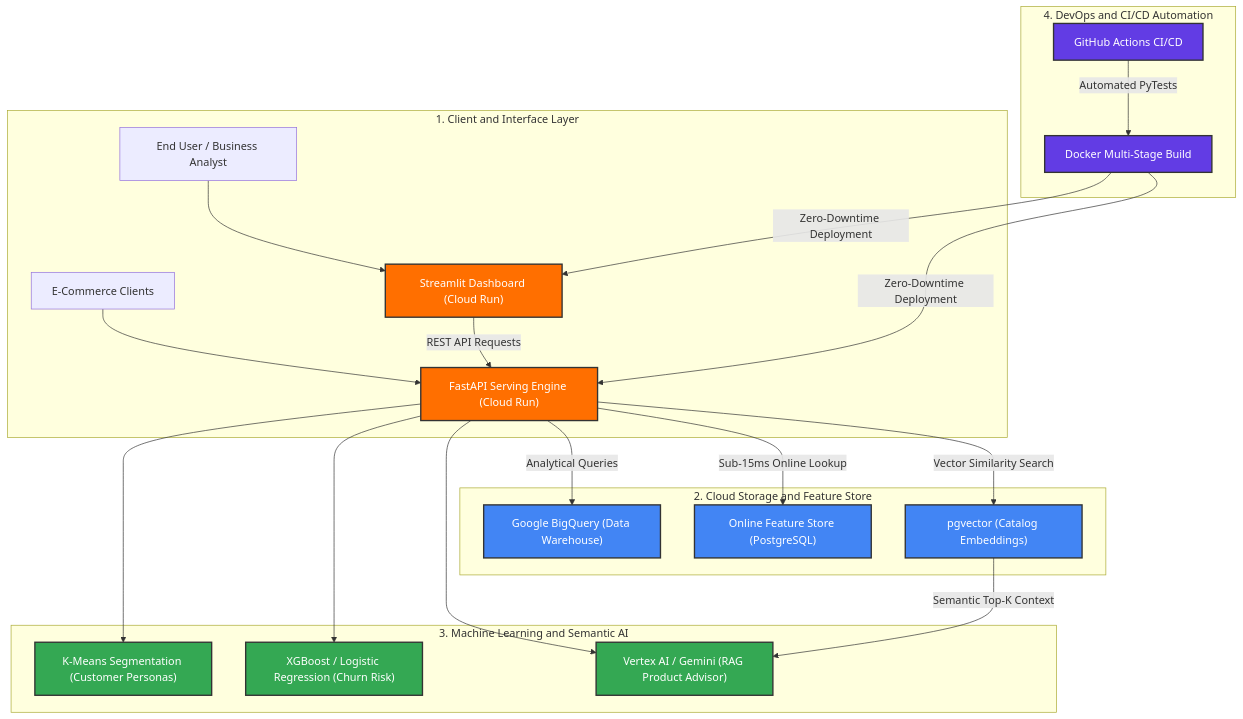
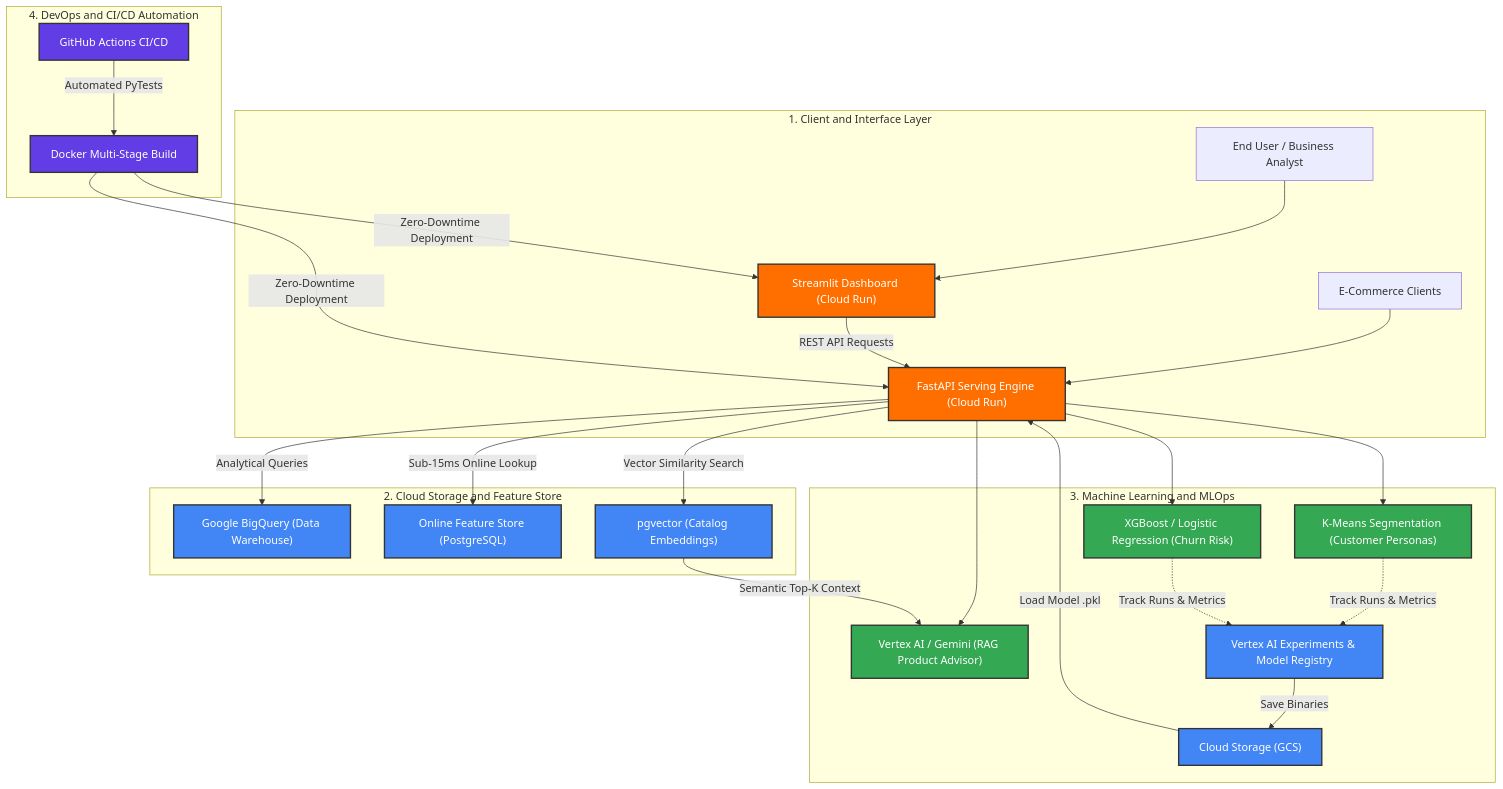
The diagram in README.md (Anna9793/ecommerce-data-pipeline), drawn with Mermaid before and after one commit. The commit also changed other lines of this file and 2 other files, not shown here.

Commit message:
docs: update ARCHITECTURE and README for Vertex AI MLOps migration and 44 passing tests

````diff
--- a/README.md
+++ b/README.md
@@ -17,41 +17,45 @@
 ```mermaid
 graph TD
     %% Client & Interface Layer
     subgraph UI_Layer["1. Client and Interface Layer"]
         User["End User / Business Analyst"] --> UI["Streamlit Dashboard (Cloud Run)"]
         ClientApp["E-Commerce Clients"] --> API["FastAPI Serving Engine (Cloud Run)"]
         UI -->|"REST API Requests"| API
     end
 
     %% Storage and Feature Layer
     subgraph Data_Storage["2. Cloud Storage and Feature Store"]
         API -->|"Analytical Queries"| BigQuery["Google BigQuery (Data Warehouse)"]
         API -->|"Sub-15ms Online Lookup"| FeatureStore["Online Feature Store (PostgreSQL)"]
         API -->|"Vector Similarity Search"| PGVector["pgvector (Catalog Embeddings)"]
     end
 
     %% Machine Learning & AI
-    subgraph ML_AI["3. Machine Learning and Semantic AI"]
+    subgraph ML_AI["3. Machine Learning and MLOps"]
         API --> KMeans["K-Means Segmentation (Customer Personas)"]
         API --> Churn["XGBoost / Logistic Regression (Churn Risk)"]
         API --> Gemini["Vertex AI / Gemini (RAG Product Advisor)"]
         PGVector -->|"Semantic Top-K Context"| Gemini
+        KMeans -.->|"Track Runs & Metrics"| VertexExp["Vertex AI Experiments & Model Registry"]
+        Churn -.->|"Track Runs & Metrics"| VertexExp
+        VertexExp -->|"Save Binaries"| GCS["Cloud Storage (GCS)"]
+        GCS -->|"Load Model .pkl"| API
     end
 
     %% CI/CD and Containerization
     subgraph DevOps_Layer["4. DevOps and CI/CD Automation"]
         GHA["GitHub Actions CI/CD"] -->|"Automated PyTests"| DockerBuild["Docker Multi-Stage Build"]
         DockerBuild -->|"Zero-Downtime Deployment"| API
         DockerBuild -->|"Zero-Downtime Deployment"| UI
     end
 
     classDef gcp fill:#4285F4,stroke:#333,stroke-width:2px,color:#fff;
     classDef ai fill:#34A853,stroke:#333,stroke-width:2px,color:#fff;
     classDef devops fill:#623CE4,stroke:#333,stroke-width:2px,color:#fff;
     classDef ui fill:#FF6F00,stroke:#333,stroke-width:2px,color:#fff;
 
     class UI,API ui;
-    class BigQuery,FeatureStore,PGVector gcp;
+    class BigQuery,FeatureStore,PGVector,VertexExp,GCS gcp;
     class KMeans,Churn,Gemini ai;
     class GHA,DockerBuild devops;
 ```
````
